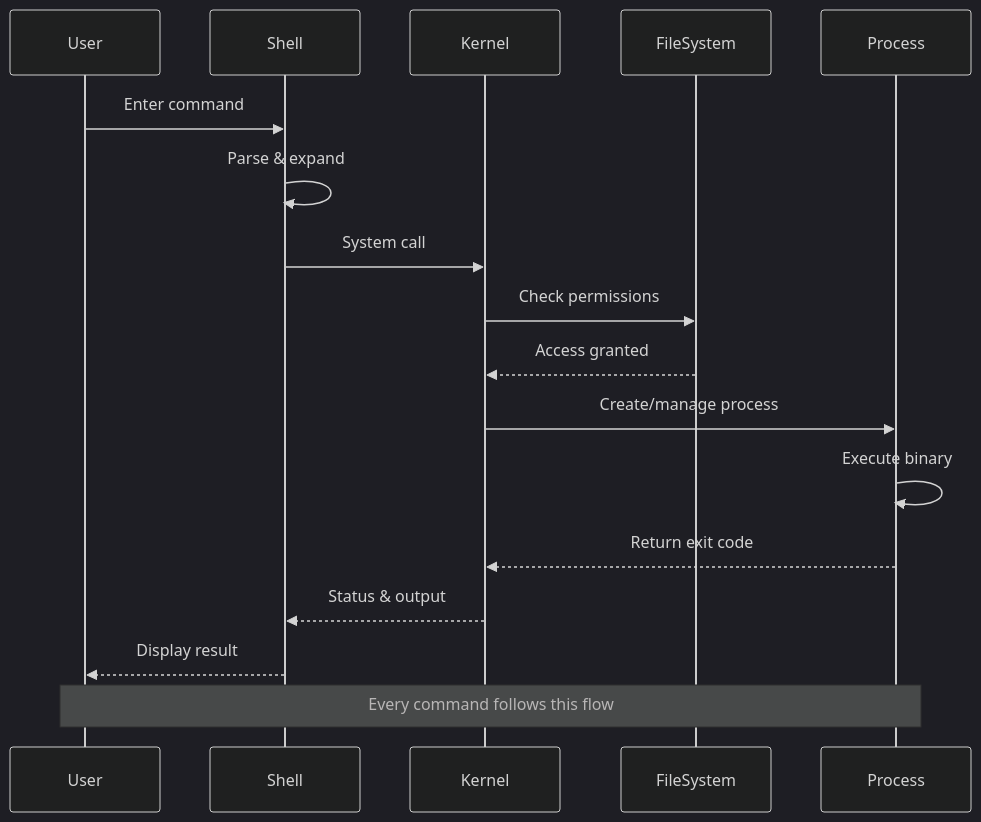
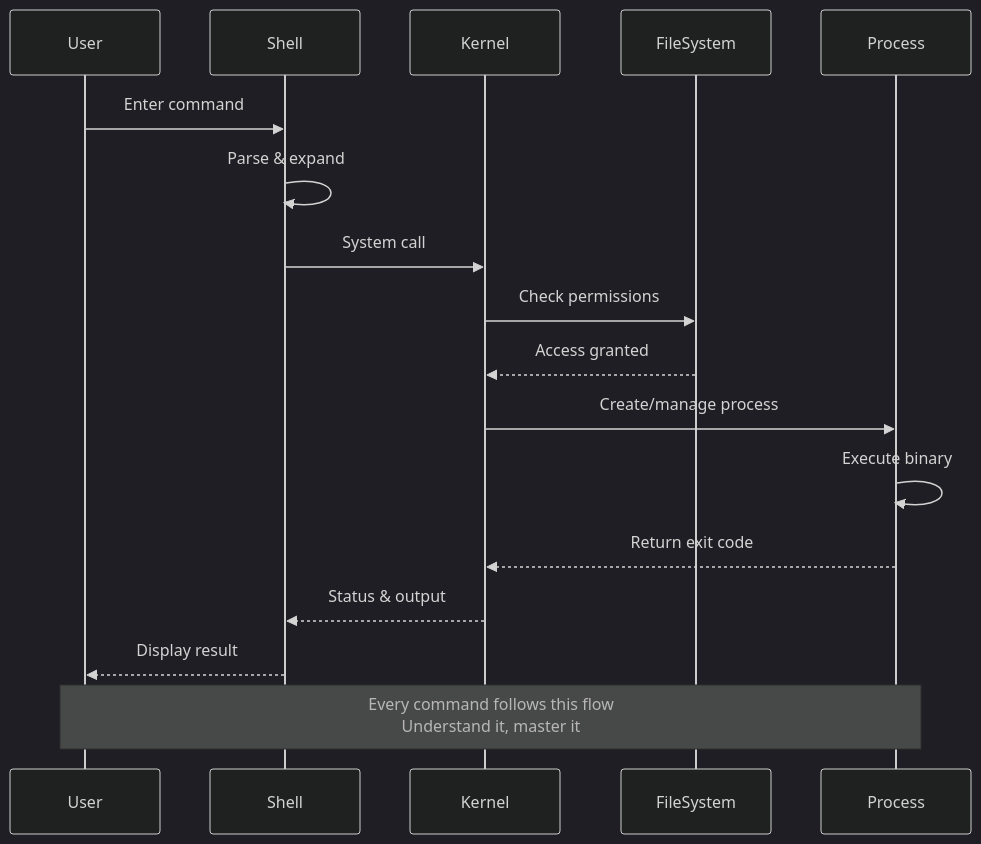
The second of 2 diagrams in README.md (NovusAevum/cli-sovereign-mastery), drawn with Mermaid (dark theme) before and after one commit. The commit also changed other lines of this file and 4 other files, not shown here.

````diff
--- a/README.md
+++ b/README.md
@@ -254,21 +350,21 @@
 ```mermaid
 sequenceDiagram
     participant User
     participant Shell
     participant Kernel
     participant FileSystem
     participant Process
     
     User->>Shell: Enter command
     Shell->>Shell: Parse & expand
     Shell->>Kernel: System call
     Kernel->>FileSystem: Check permissions
     FileSystem-->>Kernel: Access granted
     Kernel->>Process: Create/manage process
     Process->>Process: Execute binary
     Process-->>Kernel: Return exit code
     Kernel-->>Shell: Status & output
     Shell-->>User: Display result
     
-    Note over User,Process: Every command follows this flow
+    Note over User,Process: Every command follows this flow<br/>Understand it, master it
 ```
````
